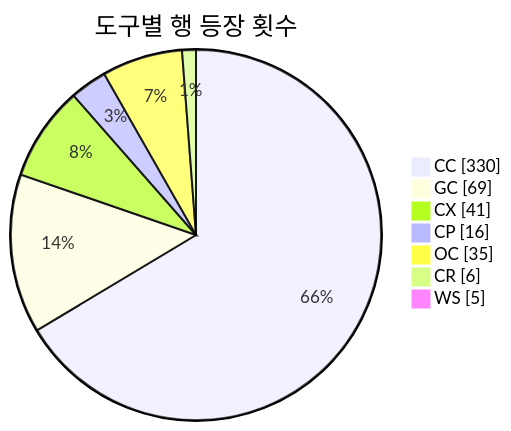
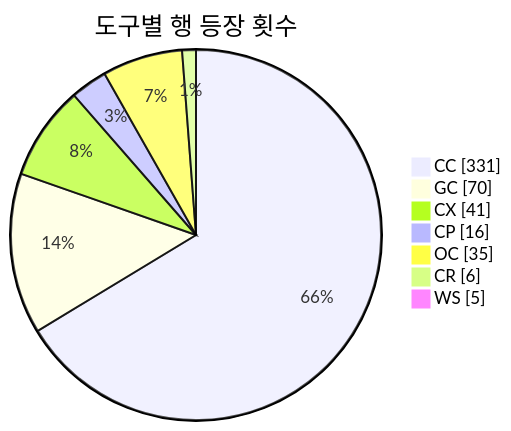
Before and after one commit to J-nowcow/awesome-korean-agent-skills: the second of 3 diagrams in README.md, drawn with Mermaid. The commit also changed other lines of this file and 4 other files, not shown here.

````diff
--- a/README.md
+++ b/README.md
@@ -193,11 +193,11 @@
 ```mermaid
 pie showData
     title 도구별 행 등장 횟수
-    "CC" : 330
-    "GC" : 69
+    "CC" : 331
+    "GC" : 70
     "CX" : 41
     "CP" : 16
     "OC" : 35
     "CR" : 6
     "WS" : 5
 ```
````
